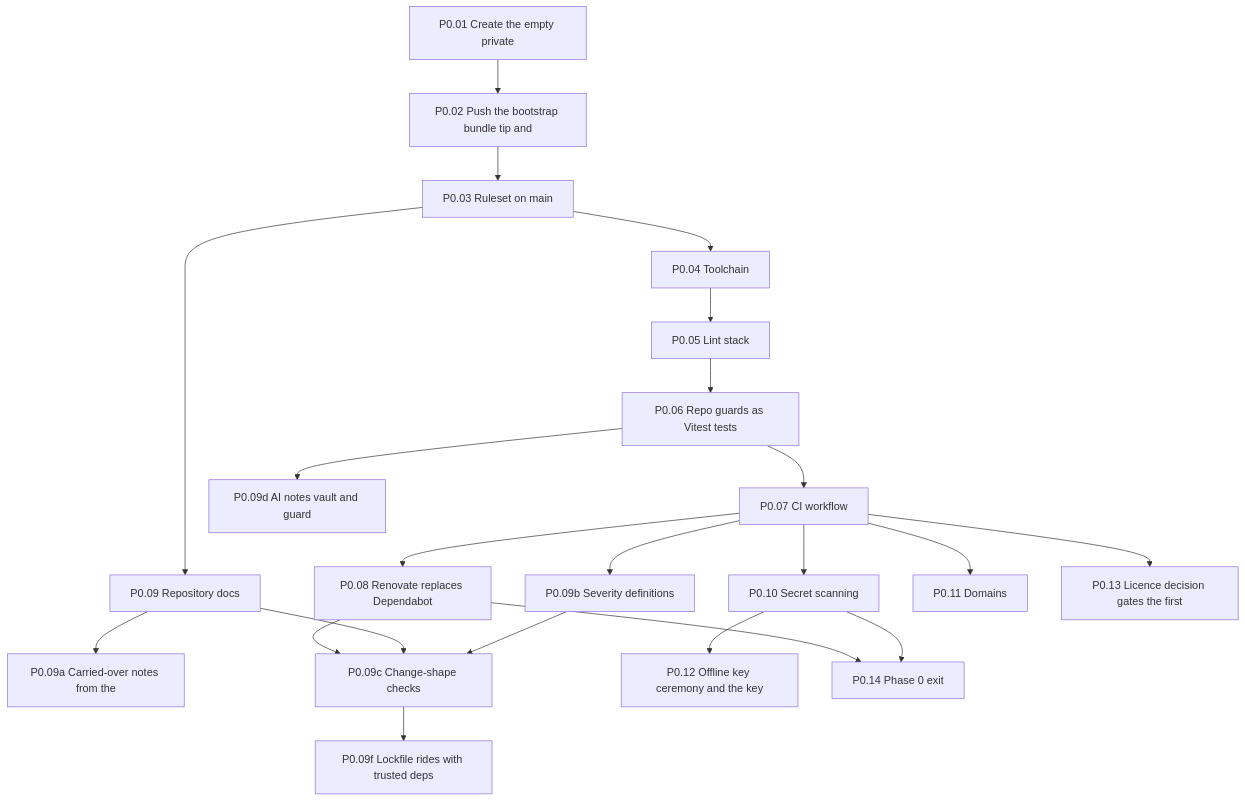
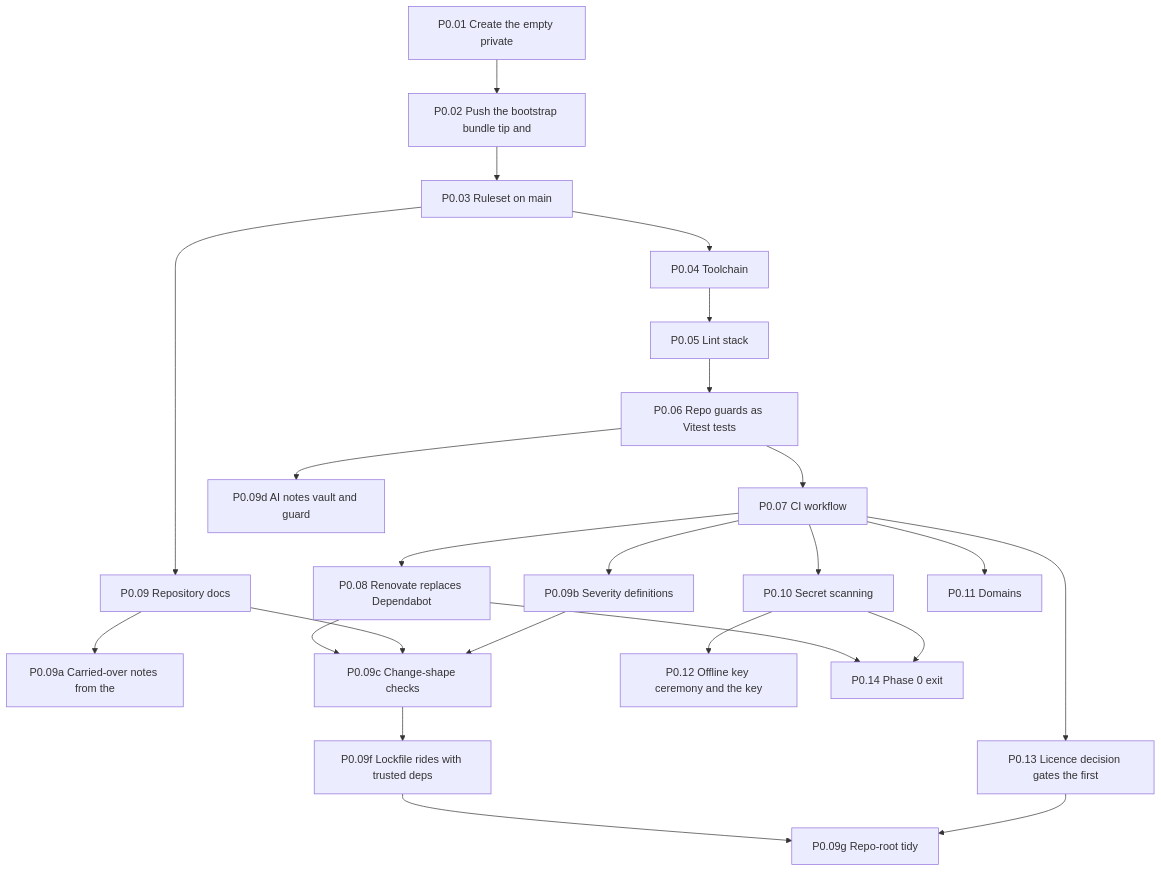
One commit to Undefined6799/unset changed the first of 11 diagrams in docs/ai/book/01-outline.md. Above: the diagram before and after it, drawn with Mermaid. The commit also changed other lines of this file and 1 other file, not shown here.

Commit message:
P0.09g Record the root tidy in the book
Adds the P0.09g entry to phase-0.md as built, and its outline row,
node and edges (after P0.09f and P0.13).

Claude-Session: https://claude.ai/code/session_01911Gttax16V3TwYGscDify

````diff
--- a/docs/ai/book/01-outline.md
+++ b/docs/ai/book/01-outline.md
@@ -50,43 +51,46 @@
 ```mermaid
 flowchart TD
   P0_01["P0.01 Create the empty private"]
   P0_02["P0.02 Push the bootstrap bundle tip and"]
   P0_03["P0.03 Ruleset on main"]
   P0_04["P0.04 Toolchain"]
   P0_05["P0.05 Lint stack"]
   P0_06["P0.06 Repo guards as Vitest tests"]
   P0_07["P0.07 CI workflow"]
   P0_08["P0.08 Renovate replaces Dependabot"]
   P0_09["P0.09 Repository docs"]
   P0_09a["P0.09a Carried-over notes from the"]
   P0_09b["P0.09b Severity definitions"]
   P0_09c["P0.09c Change-shape checks"]
   P0_09d["P0.09d AI notes vault and guard"]
   P0_09f["P0.09f Lockfile rides with trusted deps"]
+  P0_09g["P0.09g Repo-root tidy"]
   P0_10["P0.10 Secret scanning"]
   P0_11["P0.11 Domains"]
   P0_12["P0.12 Offline key ceremony and the key"]
   P0_13["P0.13 Licence decision gates the first"]
   P0_14["P0.14 Phase 0 exit"]
   P0_01 --> P0_02
   P0_02 --> P0_03
   P0_03 --> P0_04
   P0_04 --> P0_05
   P0_05 --> P0_06
   P0_06 --> P0_07
   P0_07 --> P0_08
   P0_03 --> P0_09
   P0_09 --> P0_09a
   P0_07 --> P0_09b
   P0_08 --> P0_09c
   P0_09 --> P0_09c
   P0_09b --> P0_09c
   P0_06 --> P0_09d
   P0_09c --> P0_09f
+  P0_09f --> P0_09g
+  P0_13 --> P0_09g
   P0_07 --> P0_10
   P0_07 --> P0_11
   P0_10 --> P0_12
   P0_07 --> P0_13
   P0_08 --> P0_14
   P0_10 --> P0_14
 ```
````
